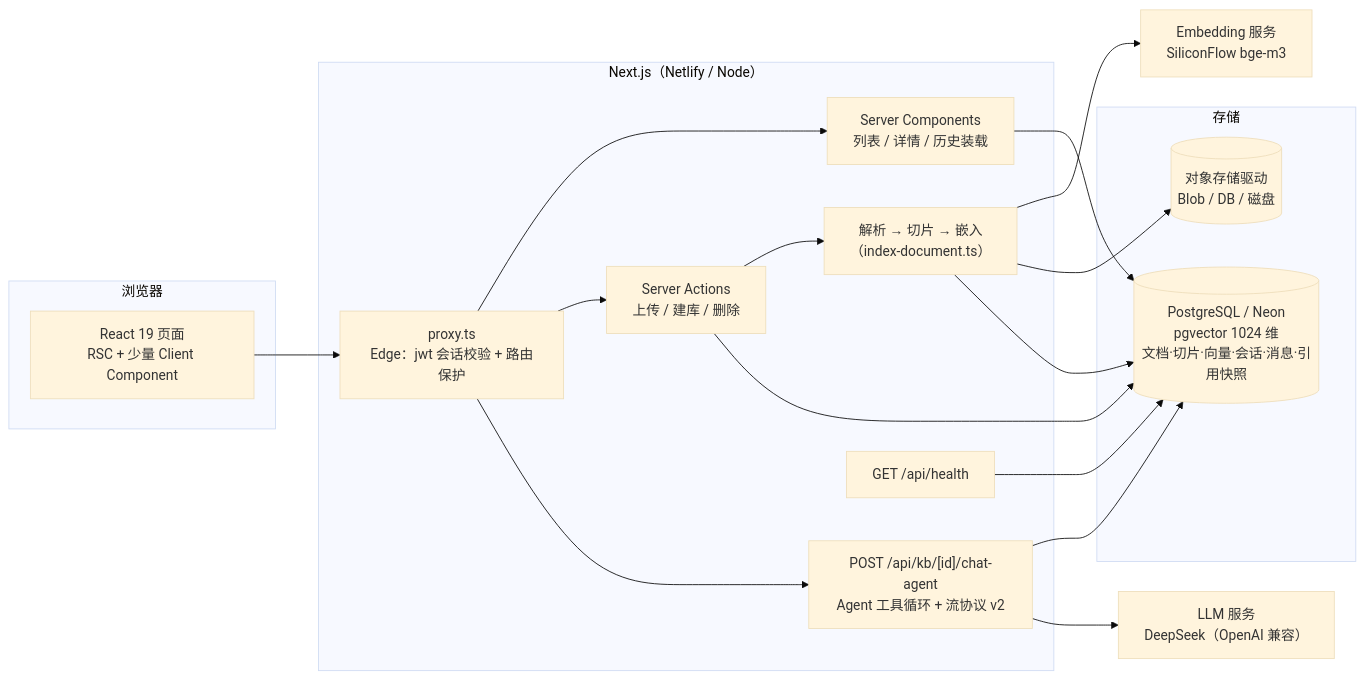
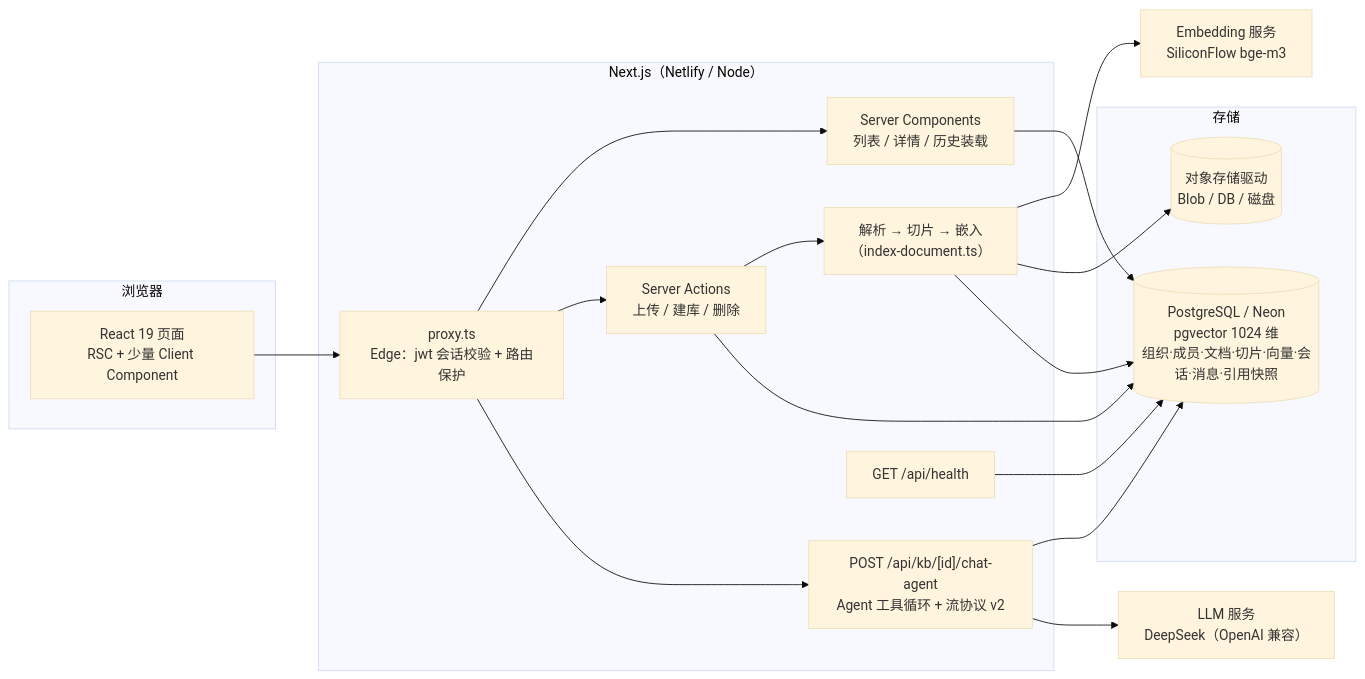
One commit to 233zhangwen/knowledge-base changed the diagram in README.md. Above: the diagram before and after it, drawn with Mermaid (base theme). The commit also changed other lines of this file and 2 other files, not shown here.

````diff
--- a/README.md
+++ b/README.md
@@ -42,31 +42,31 @@
 ```mermaid
 flowchart LR
     subgraph 浏览器
         UI[React 19 页面<br/>RSC + 少量 Client Component]
     end
 
     subgraph "Next.js（Netlify / Node）"
         Proxy["proxy.ts<br/>Edge：jwt 会话校验 + 路由保护"]
         RSC["Server Components<br/>列表 / 详情 / 历史装载"]
         SA["Server Actions<br/>上传 / 建库 / 删除"]
         Chat["POST /api/kb/[id]/chat-agent<br/>Agent 工具循环 + 流协议 v2"]
         Pipeline["解析 → 切片 → 嵌入<br/>（index-document.ts）"]
         Health["GET /api/health"]
     end
 
     subgraph "存储"
-        PG[("PostgreSQL / Neon<br/>pgvector 1024 维<br/>文档·切片·向量·会话·消息·引用快照")]
+        PG[("PostgreSQL / Neon<br/>pgvector 1024 维<br/>组织·成员·文档·切片·向量·会话·消息·引用快照")]
         Blob[("对象存储驱动<br/>Blob / DB / 磁盘")]
     end
 
     LLM["LLM 服务<br/>DeepSeek（OpenAI 兼容）"]
     EMB["Embedding 服务<br/>SiliconFlow bge-m3"]
 
     UI --> Proxy --> RSC & SA & Chat
     SA --> Pipeline
     Pipeline --> EMB
     Pipeline --> Blob
     RSC & SA & Pipeline & Health --> PG
     Chat --> PG
     Chat --> LLM
 ```
````
